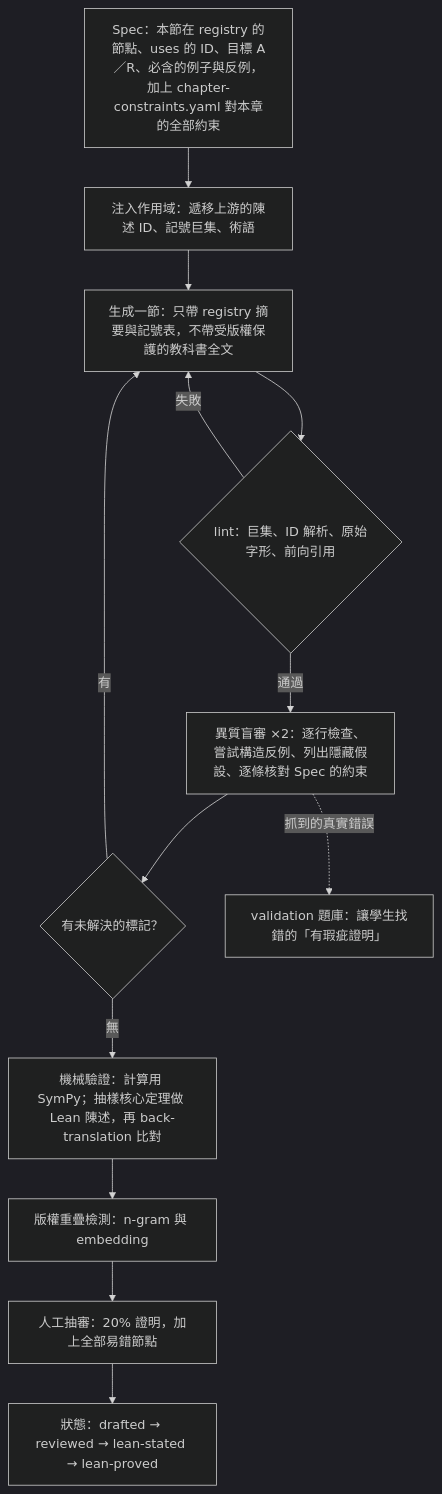
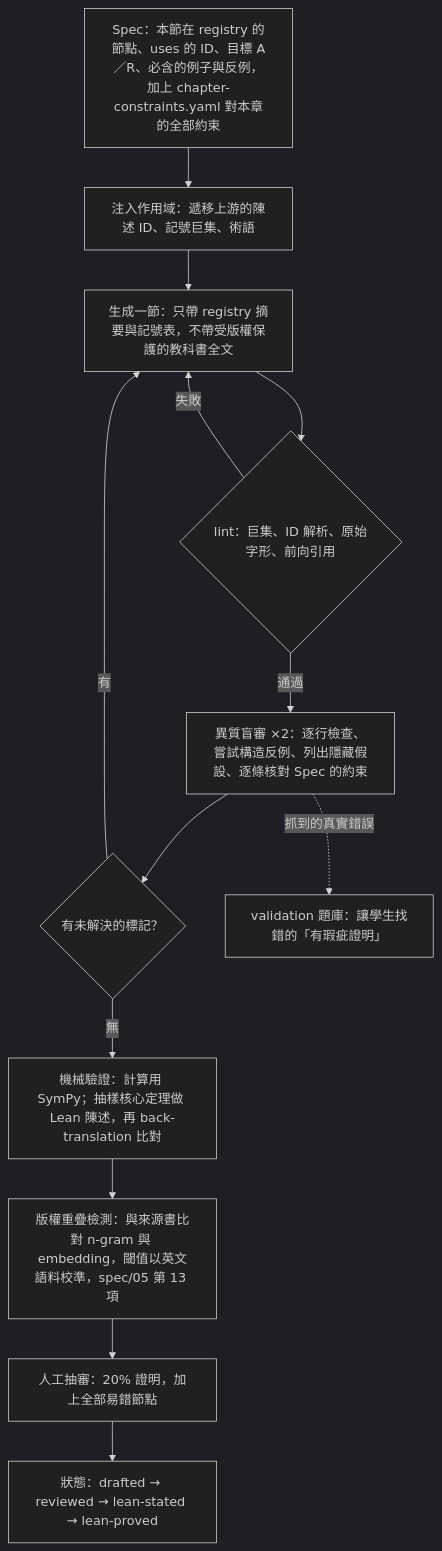
Before and after one commit to AkizumiFox/math-atlas: the first of 6 diagrams in spec/04-flows.md, drawn with Mermaid (dark theme). The commit also changed 8 other files, not shown here.

````diff
--- a/spec/04-flows.md
+++ b/spec/04-flows.md
@@ -16,15 +16,15 @@
 ```mermaid
 flowchart TD
   A[Spec：本節在 registry 的節點、uses 的 ID、目標 A／R、必含的例子與反例，加上 chapter-constraints.yaml 對本章的全部約束] --> B[注入作用域：遞移上游的陳述 ID、記號巨集、術語]
   B --> C[生成一節：只帶 registry 摘要與記號表，不帶受版權保護的教科書全文]
   C --> D{lint：巨集、ID 解析、原始字形、前向引用}
   D -- 失敗 --> C
   D -- 通過 --> E[異質盲審 ×2：逐行檢查、嘗試構造反例、列出隱藏假設、逐條核對 Spec 的約束]
   E --> F{有未解決的標記？}
   F -- 有 --> C
   F -- 無 --> G[機械驗證：計算用 SymPy；抽樣核心定理做 Lean 陳述，再 back-translation 比對]
-  G --> H[版權重疊檢測：n-gram 與 embedding]
+  G --> H[版權重疊檢測：與來源書比對 n-gram 與 embedding，閾值以英文語料校準，spec/05 第 13 項]
   H --> I[人工抽審：20% 證明，加上全部易錯節點]
   I --> J[狀態：drafted → reviewed → lean-stated → lean-proved]
   E -. 抓到的真實錯誤 .-> K[validation 題庫：讓學生找錯的「有瑕疵證明」]
 ```
````
